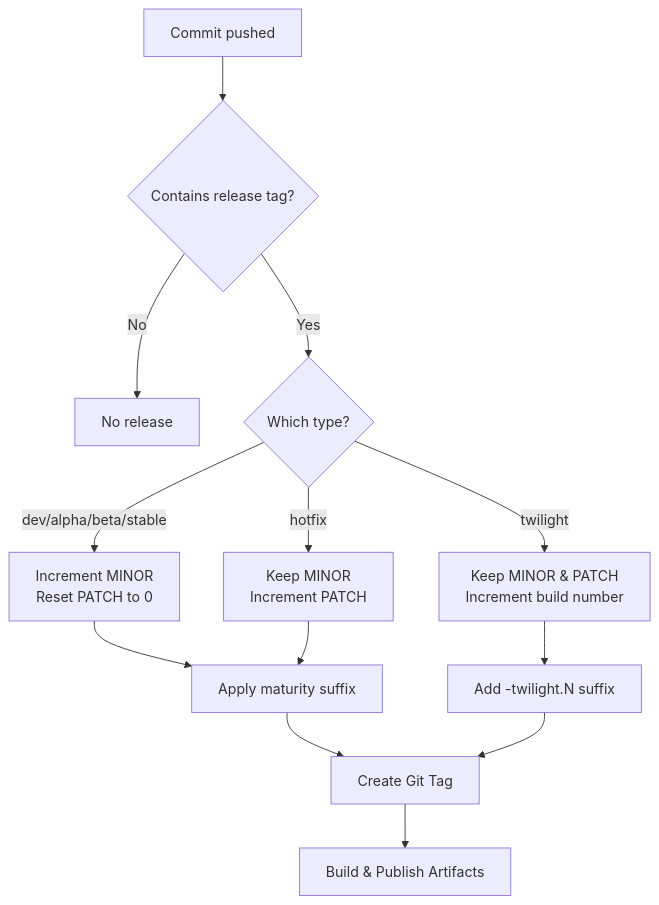
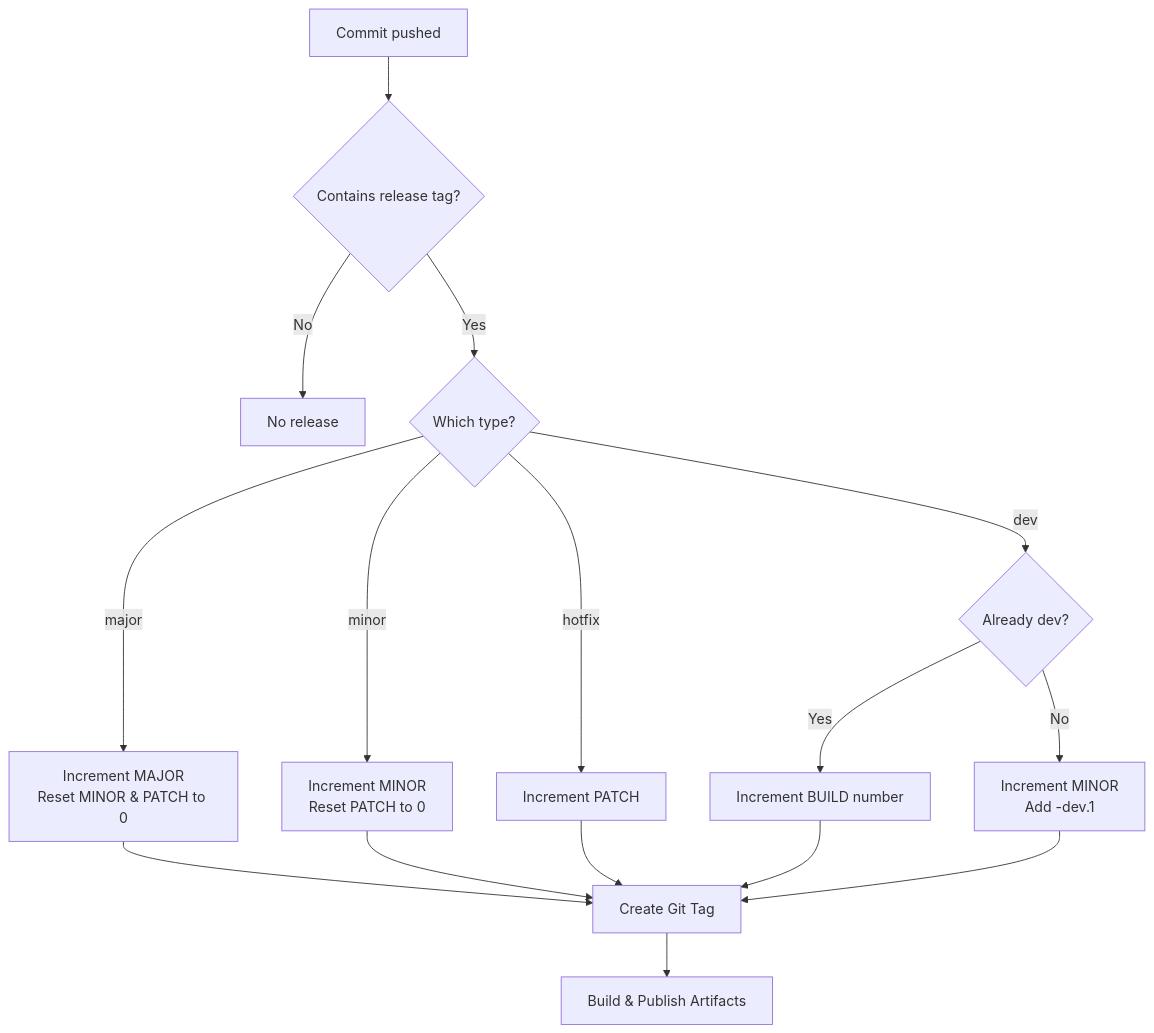
One commit to 2526-4ahitm-itp/2526-4ahitm-franklyn changed the diagram in hugo/content/docs/architecture/release-lifecycle.md. Above: the diagram before and after it, drawn with Mermaid. The commit also changed other lines of this file and 3 other files, not shown here.

````diff
--- a/hugo/content/docs/architecture/release-lifecycle.md
+++ b/hugo/content/docs/architecture/release-lifecycle.md
@@ -162,19 +92,22 @@
 ```mermaid
 flowchart TD
     A[Commit pushed] --> B{Contains release tag?}
     B -->|No| C[No release]
     B -->|Yes| D{Which type?}
     
-    D -->|dev/alpha/beta/stable| E[Increment MINOR<br/>Reset PATCH to 0]
-    D -->|hotfix| F[Keep MINOR<br/>Increment PATCH]
-    D -->|twilight| G[Keep MINOR & PATCH<br/>Increment build number]
+    D -->|major| E[Increment MAJOR<br/>Reset MINOR & PATCH to 0]
+    D -->|minor| F[Increment MINOR<br/>Reset PATCH to 0]
+    D -->|hotfix| G[Increment PATCH]
+    D -->|dev| H{Already dev?}
     
-    E --> H[Apply maturity suffix]
-    F --> H
-    G --> I[Add -twilight.N suffix]
+    H -->|Yes| I[Increment BUILD number]
+    H -->|No| J[Increment MINOR<br/>Add -dev.1]
     
-    H --> J[Create Git Tag]
-    I --> J
+    E --> K[Create Git Tag]
+    F --> K
+    G --> K
+    I --> K
+    J --> K
     
-    J --> K[Build & Publish Artifacts]
+    K --> L[Build & Publish Artifacts]
 ```
````
